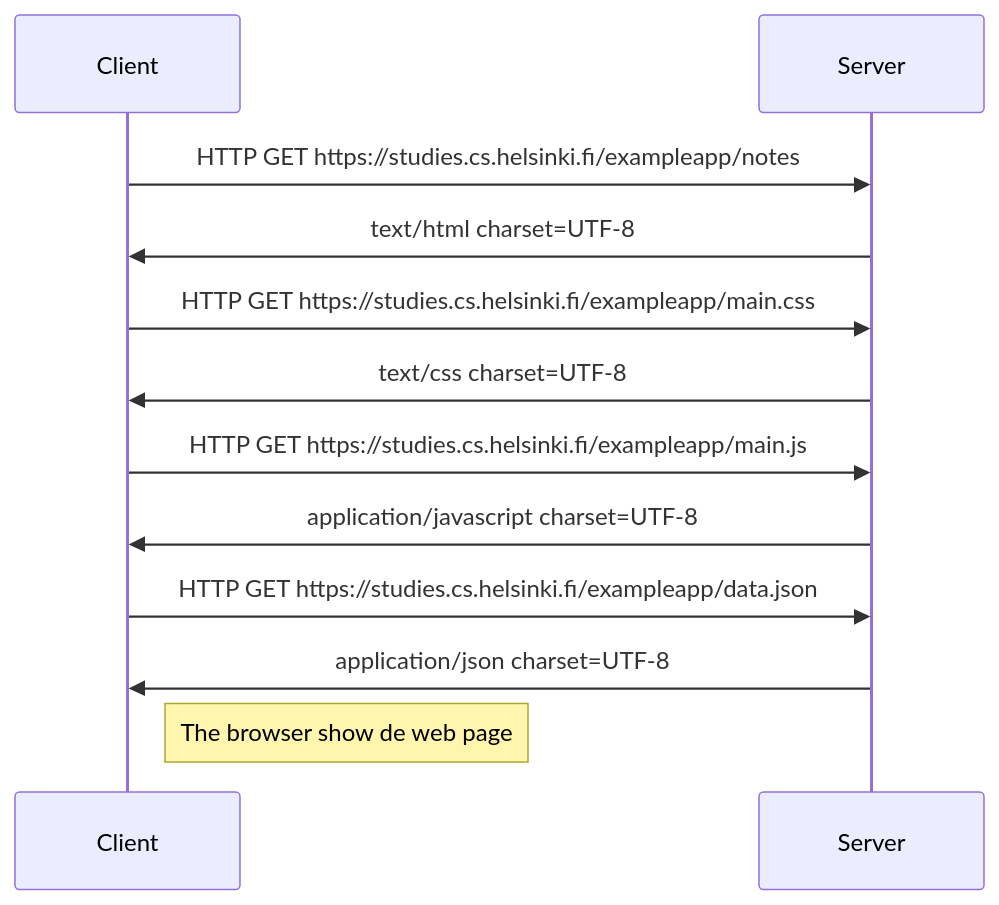
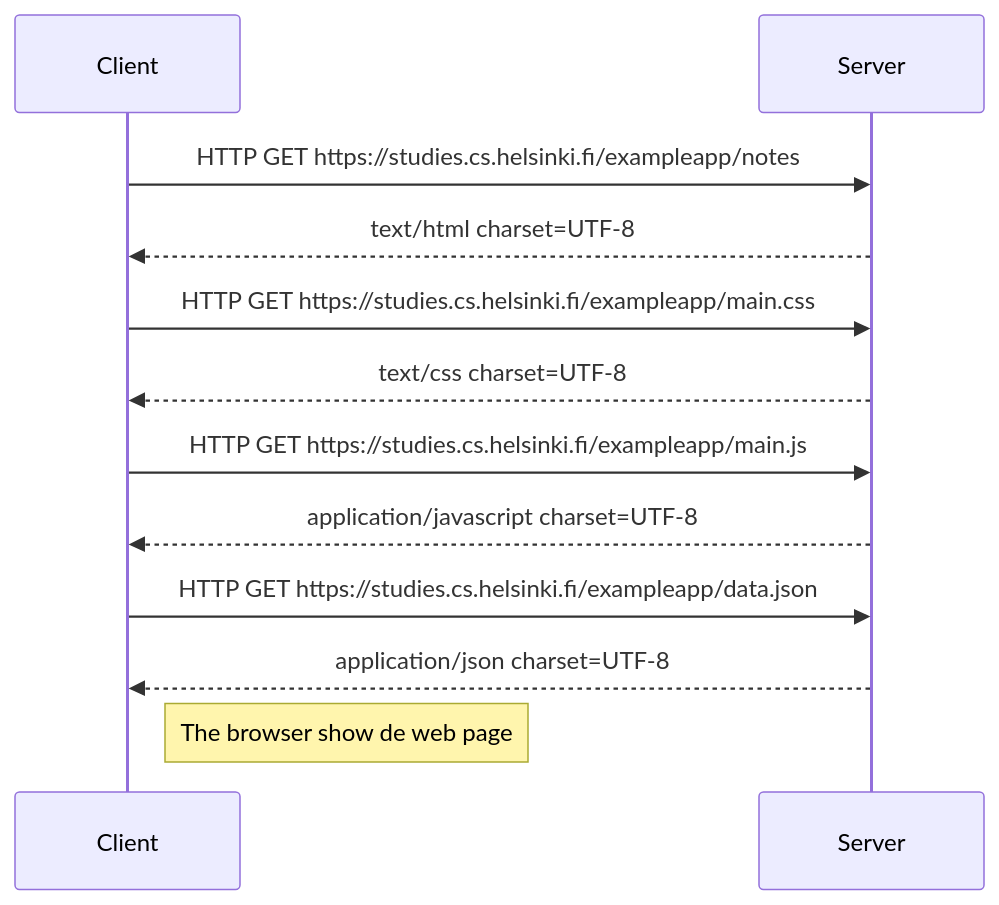
The diagram in part0/newnotediagram/README.md (addiellucena94/fullstackopen), drawn with Mermaid before and after one commit.

Commit message:
fix arrows from server to client exercise 0.4

````diff
--- a/part0/newnotediagram/README.md
+++ b/part0/newnotediagram/README.md
@@ -2,19 +2,19 @@
 ```mermaid
 sequenceDiagram;
     participant Client;
     participant Server;
 
     Client->>Server: HTTP GET https://studies.cs.helsinki.fi/exampleapp/notes;
-    Server->>Client: text/html charset=UTF-8;
+    Server-->>Client: text/html charset=UTF-8;
 
     Client->>Server: HTTP GET https://studies.cs.helsinki.fi/exampleapp/main.css;
-    Server->>Client: text/css charset=UTF-8;
+    Server-->>Client: text/css charset=UTF-8;
 
     Client->>Server: HTTP GET https://studies.cs.helsinki.fi/exampleapp/main.js;
-    Server->>Client: application/javascript charset=UTF-8;
+    Server-->>Client: application/javascript charset=UTF-8;
 
     Client->>Server: HTTP GET https://studies.cs.helsinki.fi/exampleapp/data.json;
-    Server->>Client: application/json charset=UTF-8;
+    Server-->>Client: application/json charset=UTF-8;
 
     Note right of Client: The browser show de web page;
 ```
````
